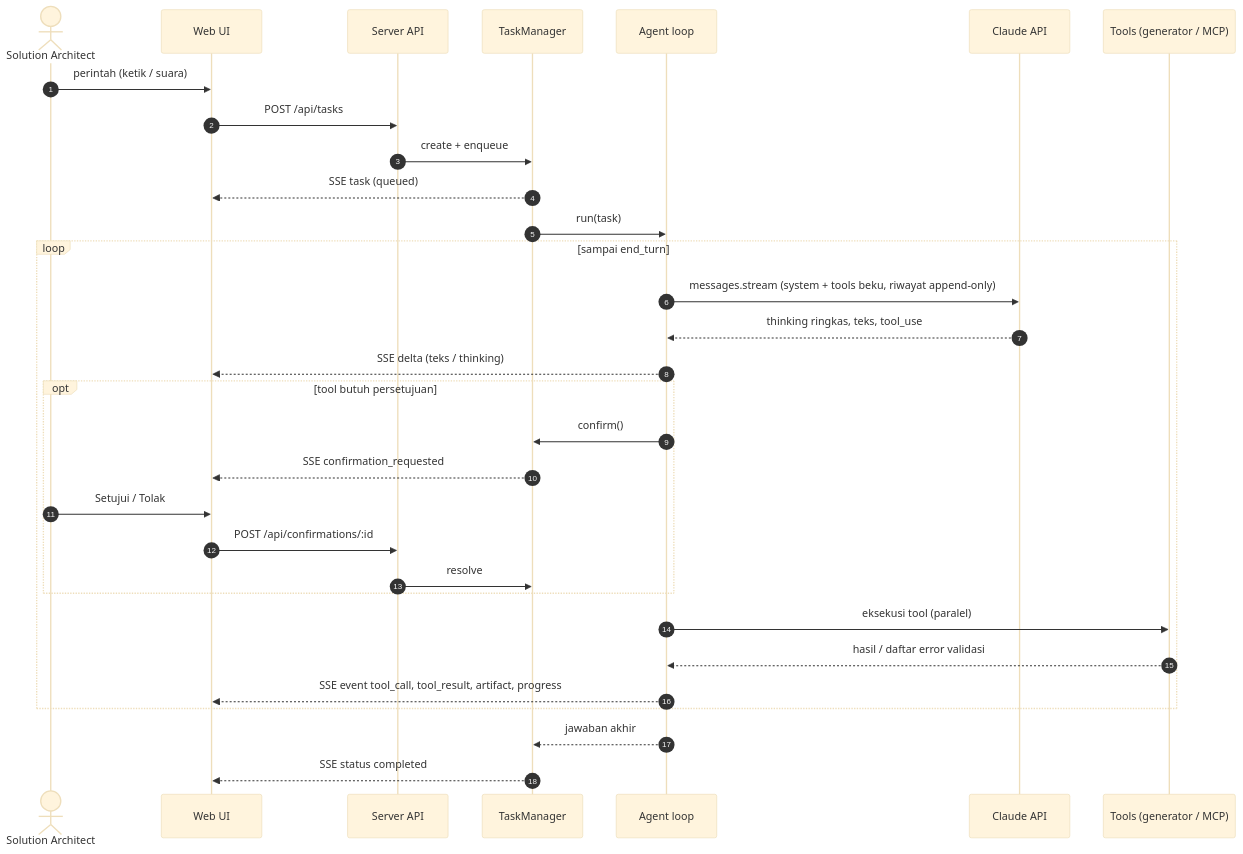
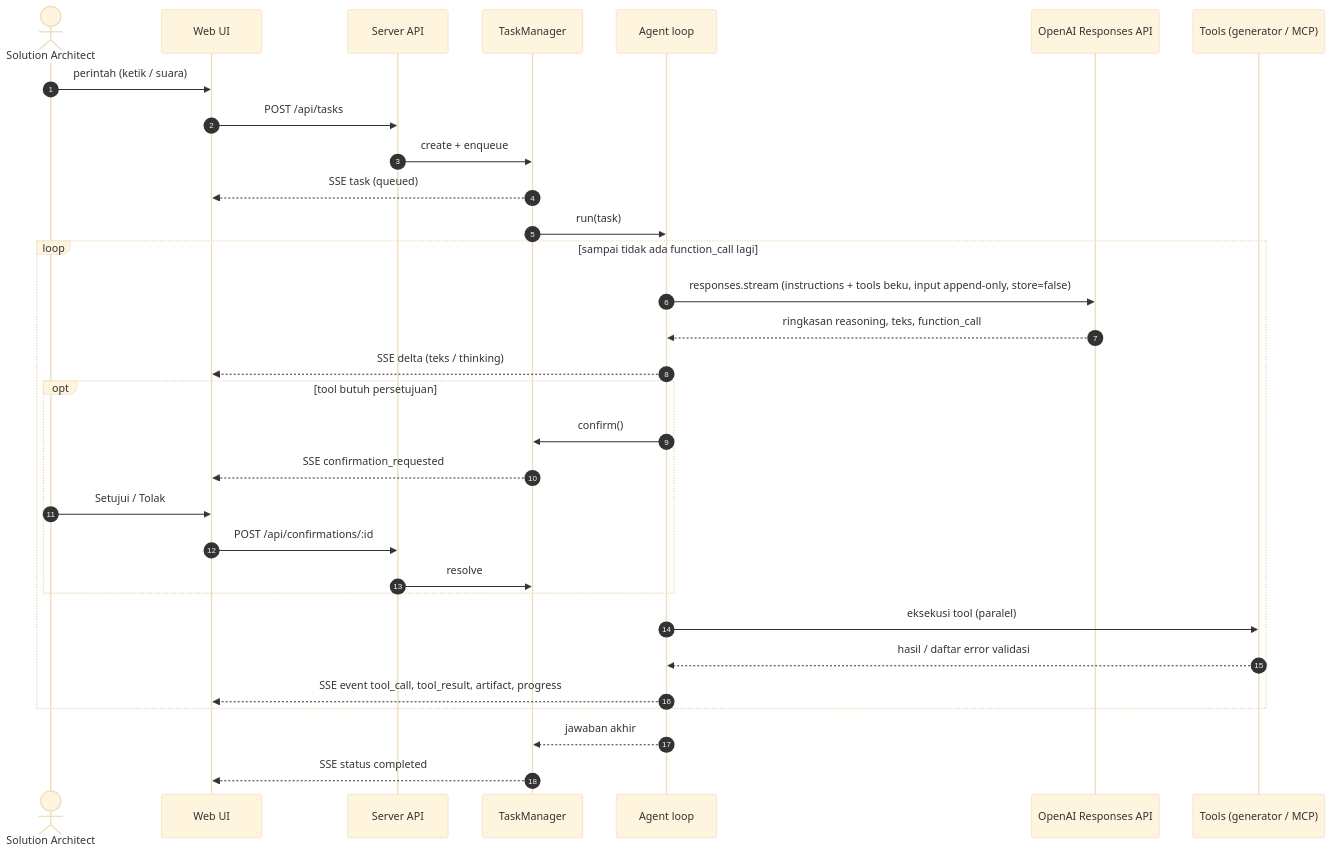
The diagram in docs/ARCHITECTURE.md (arumora-id/solar), drawn with Mermaid (base theme) before and after one commit. The commit also changed other lines of this file and 23 other files, not shown here.

````diff
--- a/docs/ARCHITECTURE.md
+++ b/docs/ARCHITECTURE.md
@@ -16,33 +16,33 @@
 ```mermaid
 sequenceDiagram
     autonumber
     actor SA as Solution Architect
     participant UI as Web UI
     participant API as Server API
     participant TM as TaskManager
     participant AG as Agent loop
-    participant C as Claude API
+    participant C as OpenAI Responses API
     participant T as Tools (generator / MCP)
     SA->>UI: perintah (ketik / suara)
     UI->>API: POST /api/tasks
     API->>TM: create + enqueue
     TM-->>UI: SSE task (queued)
     TM->>AG: run(task)
-    loop sampai end_turn
-        AG->>C: messages.stream (system + tools beku, riwayat append-only)
-        C-->>AG: thinking ringkas, teks, tool_use
+    loop sampai tidak ada function_call lagi
+        AG->>C: responses.stream (instructions + tools beku, input append-only, store=false)
+        C-->>AG: ringkasan reasoning, teks, function_call
         AG-->>UI: SSE delta (teks / thinking)
         opt tool butuh persetujuan
             AG->>TM: confirm()
             TM-->>UI: SSE confirmation_requested
             SA->>UI: Setujui / Tolak
             UI->>API: POST /api/confirmations/:id
             API->>TM: resolve
         end
         AG->>T: eksekusi tool (paralel)
         T-->>AG: hasil / daftar error validasi
         AG-->>UI: SSE event tool_call, tool_result, artifact, progress
     end
     AG-->>TM: jawaban akhir
     TM-->>UI: SSE status completed
 ```
````
